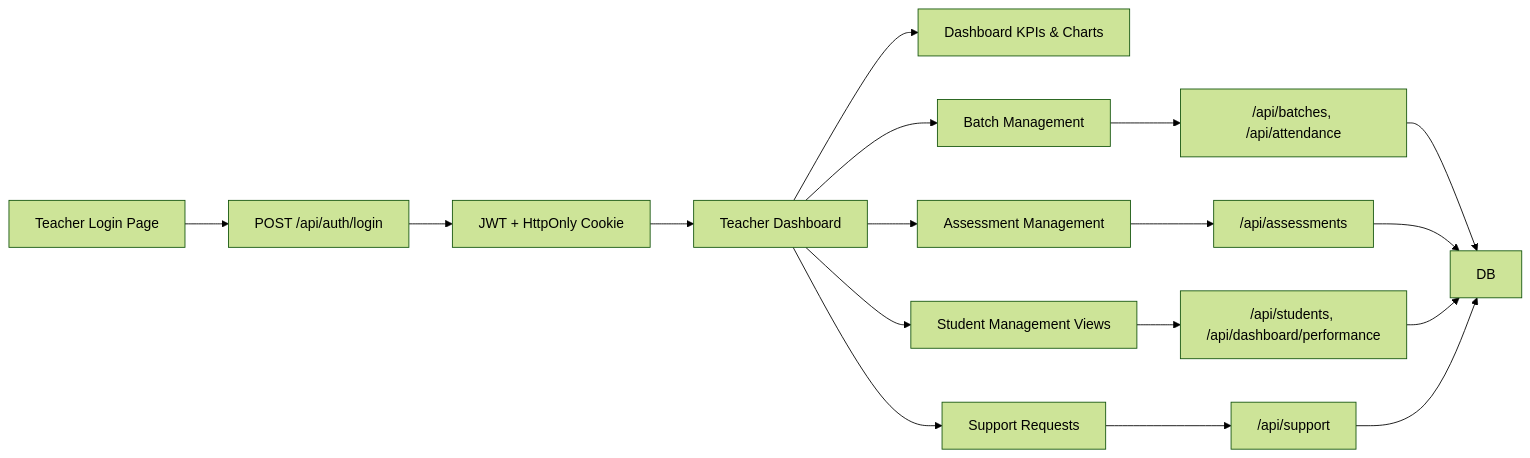
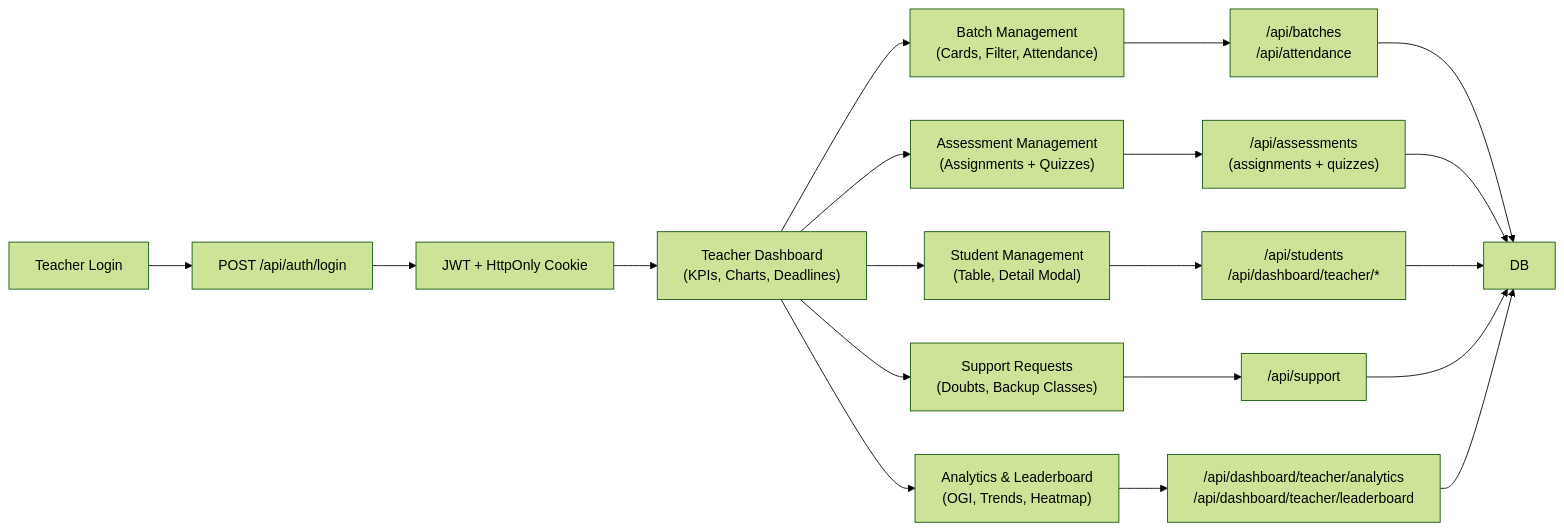
One commit to ArunavKishor/NavKalpana-RICR-NK-0003 changed the second of 3 diagrams in docs/architecture-diagram.md. Above: the diagram before and after it, drawn with Mermaid (forest theme). The commit also changed other lines of this file and 12 other files, not shown here.

First line of the commit message:
feat: Enhance student management and evaluation features

````diff
--- a/docs/architecture-diagram.md
+++ b/docs/architecture-diagram.md
@@ -43,22 +48,24 @@
 ```mermaid
 flowchart LR
-    TLogin["Teacher Login Page"] --> AuthAPI["POST /api/auth/login"]
+    TLogin["Teacher Login"] --> AuthAPI["POST /api/auth/login"]
     AuthAPI --> JWT["JWT + HttpOnly Cookie"]
-    JWT --> TDashboard["Teacher Dashboard"]
+    JWT --> TDashboard["Teacher Dashboard\n(KPIs, Charts, Deadlines)"]
 
-    TDashboard --> KPIs["Dashboard KPIs & Charts"]
-    TDashboard --> TBatches["Batch Management"]
-    TDashboard --> TAssess["Assessment Management"]
-    TDashboard --> TStudents["Student Management Views"]
-    TDashboard --> TSupport["Support Requests"]
+    TDashboard --> TBatches["Batch Management\n(Cards, Filter, Attendance)"]
+    TDashboard --> TAssess["Assessment Management\n(Assignments + Quizzes)"]
+    TDashboard --> TStudents["Student Management\n(Table, Detail Modal)"]
+    TDashboard --> TSupport["Support Requests\n(Doubts, Backup Classes)"]
+    TDashboard --> TAnalytics["Analytics & Leaderboard\n(OGI, Trends, Heatmap)"]
 
-    TBatches --> BatchAPI["/api/batches, /api/attendance"]
-    TAssess --> AssessAPI["/api/assessments"]
-    TStudents --> StudAPI["/api/students, /api/dashboard/performance"]
+    TBatches --> BatchAPI["/api/batches\n/api/attendance"]
+    TAssess --> AssessAPI["/api/assessments\n(assignments + quizzes)"]
+    TStudents --> StudAPI["/api/students\n/api/dashboard/teacher/*"]
     TSupport --> SupportAPI["/api/support"]
+    TAnalytics --> DashAPI["/api/dashboard/teacher/analytics\n/api/dashboard/teacher/leaderboard"]
 
     BatchAPI --> DB
     AssessAPI --> DB
     StudAPI --> DB
     SupportAPI --> DB
+    DashAPI --> DB
 ```
````
